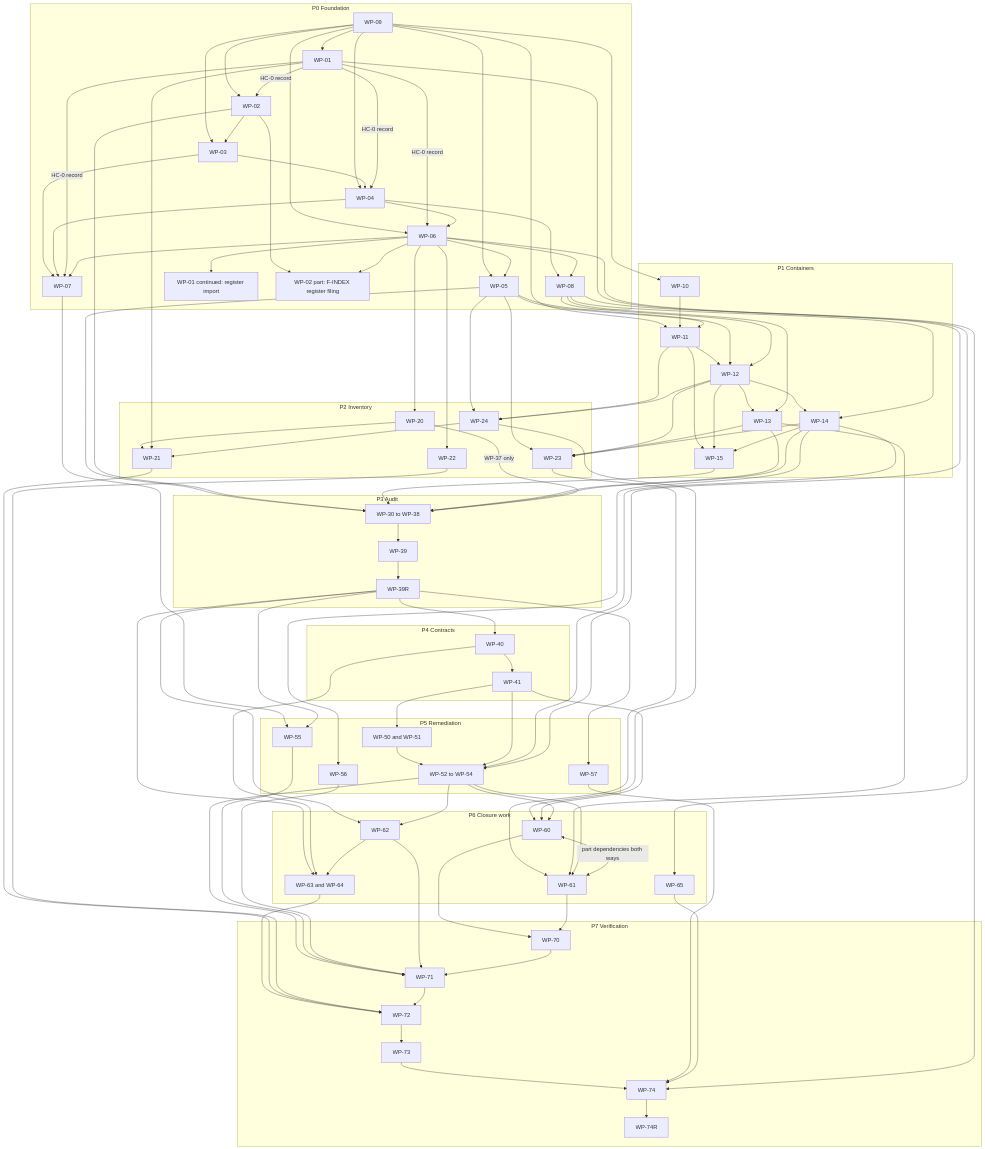
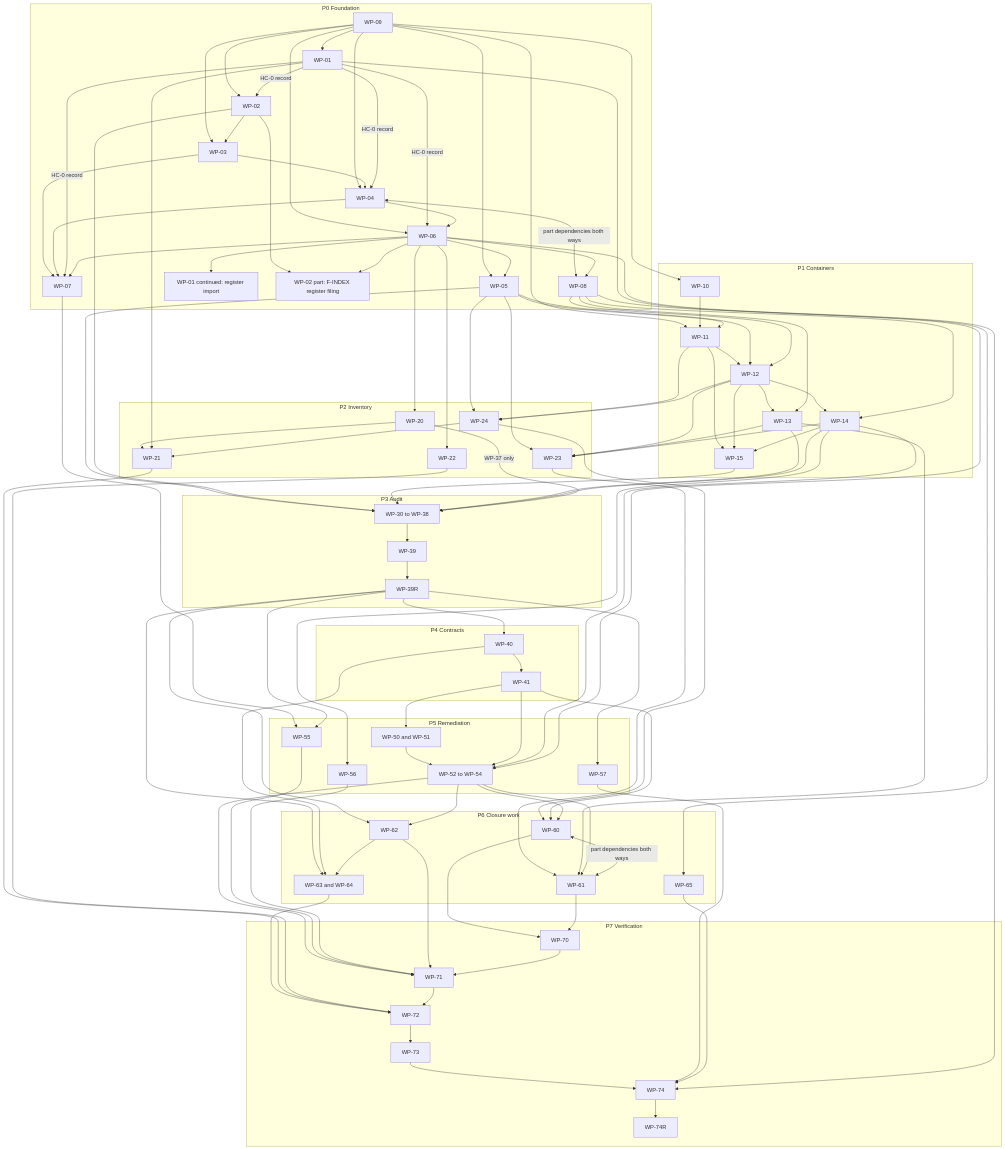
The third of 3 diagrams in specs/001-full-project-audit-remediation/docs/21-master-plan-phases-risks-and-traceability.md (vasic-digital/catalogizer), drawn with Mermaid before and after one commit. The commit also changed other lines of this file and 20 other files, not shown here.

```diff
--- a/specs/001-full-project-audit-remediation/docs/21-master-plan-phases-risks-and-traceability.md
+++ b/specs/001-full-project-audit-remediation/docs/21-master-plan-phases-risks-and-traceability.md
@@ -542,7 +546,7 @@
   W03 --> W04
   W03 --> W07
   W04 --> W07
-  W04 --> W08
+  W04 <-->|"part dependencies both ways"| W08
   W06 --> W20
   W05 --> W23
   W05 --> W30
```
